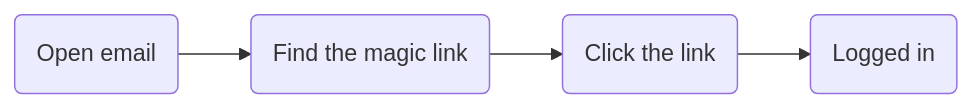
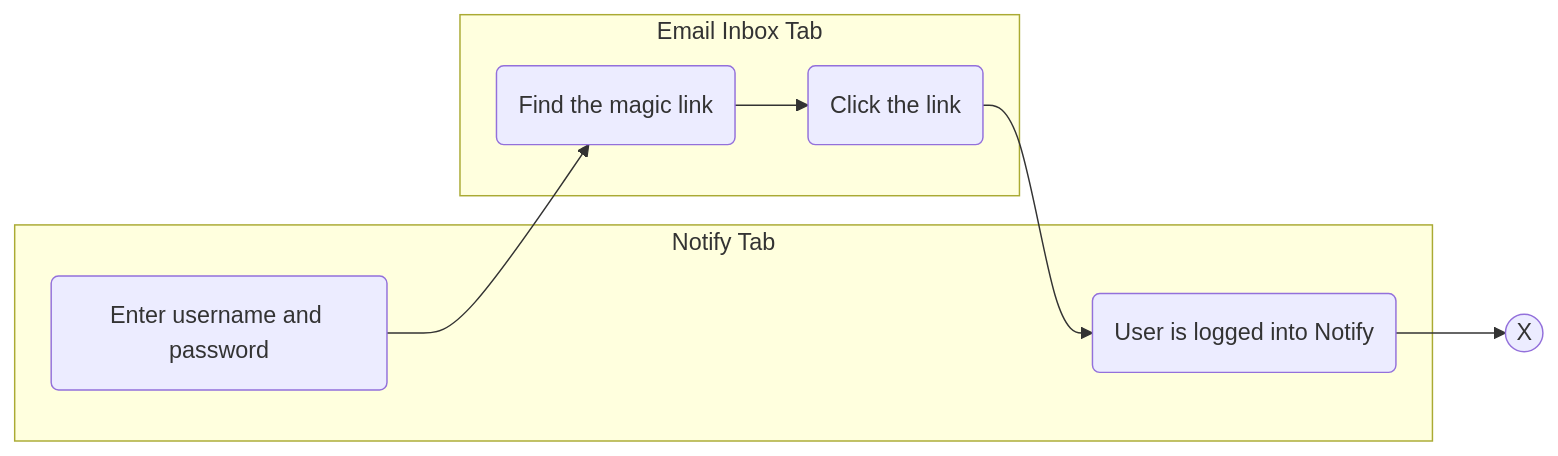
The second of 2 diagrams in records/2024-04-11.2FA-magic-link.md (cds-snc/notification-adr), drawn with Mermaid before and after one commit. The commit also changed other lines of this file, not shown here.

Commit message:
Improve clarity of diagrams

````diff
--- a/records/2024-04-11.2FA-magic-link.md
+++ b/records/2024-04-11.2FA-magic-link.md
@@ -36,6 +46,15 @@
 ```mermaid
 
 flowchart LR
-	id1(Open email)-->id2(Find the magic link)-->id3(Click the link)-->id4(Logged in)
+	subgraph Notify Tab
+        id1(Enter username and password)
+        id4(User is logged into Notify)
+    end
+    subgraph Email Inbox Tab
+        id2(Find the magic link)-->id3(Click the link)
+    end
+    id1-->id2
+    id3-->id4
+    id4-->id5((X))
 
 ```
````
